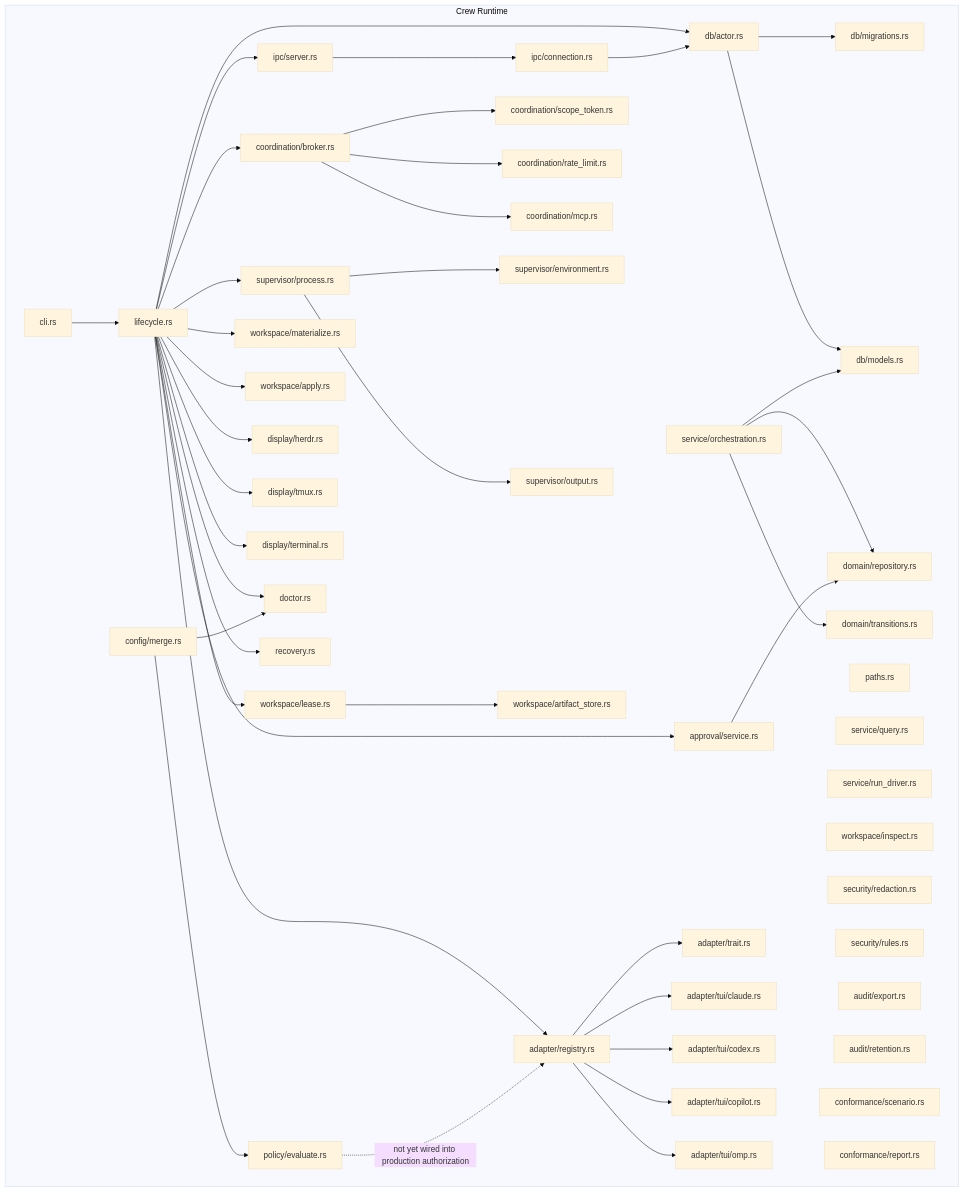
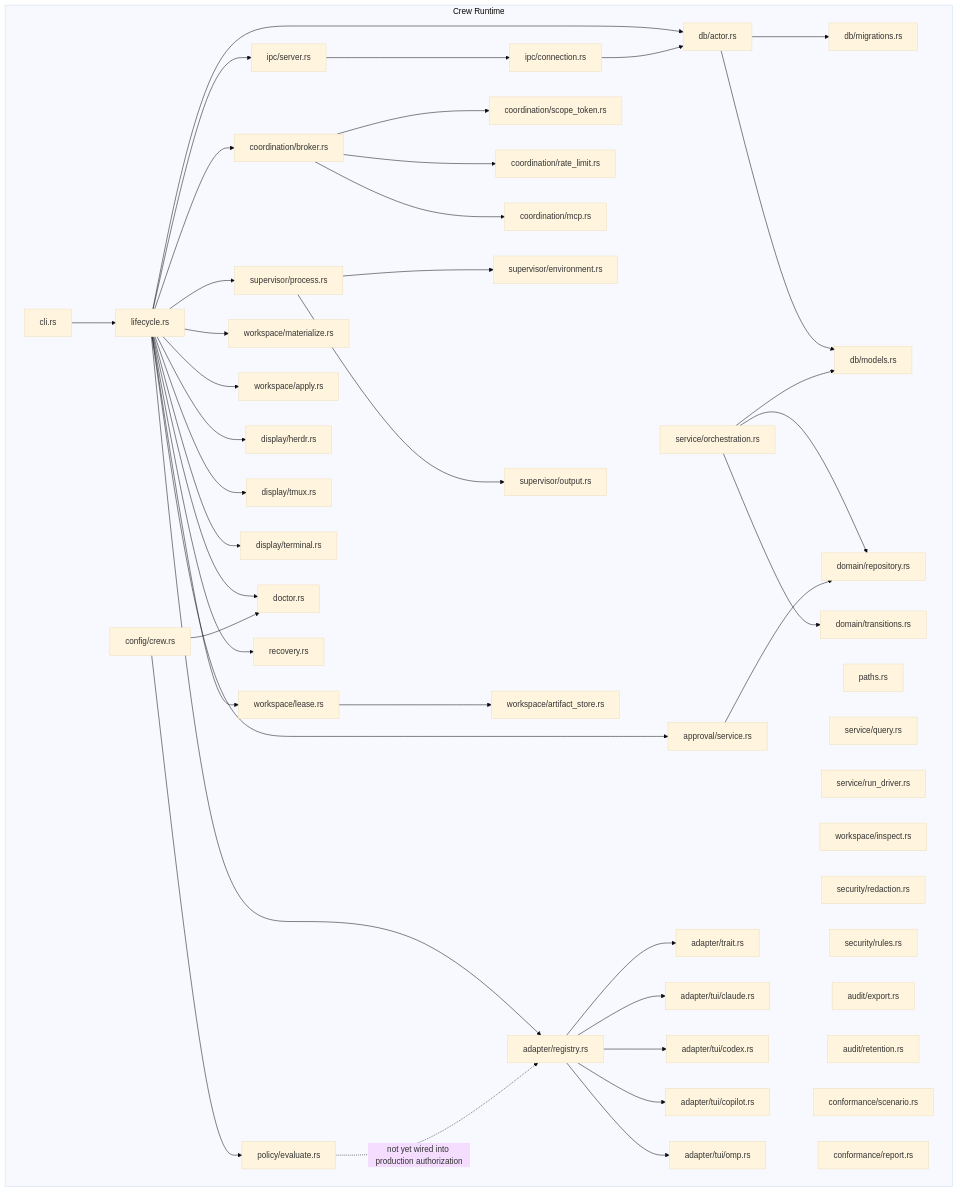
Before and after one commit to nikolasd/crew: the fourth of 6 diagrams in docs/architecture.md, drawn with Mermaid (base theme). The commit also changed other lines of this file and 6 other files, not shown here.

```diff
--- a/docs/architecture.md
+++ b/docs/architecture.md
@@ -257,7 +258,7 @@
         AR2[audit/retention.rs]
         CF[conformance/scenario.rs]
         CR[conformance/report.rs]
-        CFG[config/merge.rs]
+        CFG[config/crew.rs]
         PE[policy/evaluate.rs]
     end
 
```
